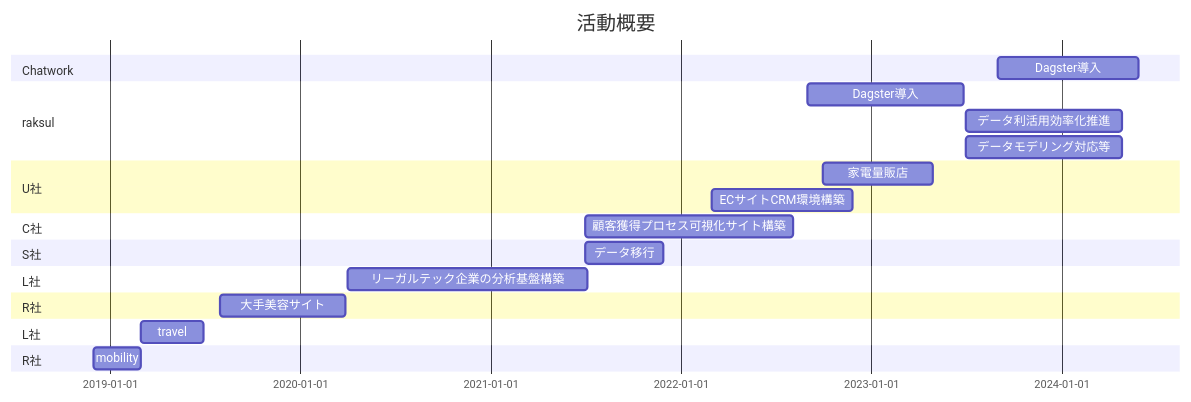
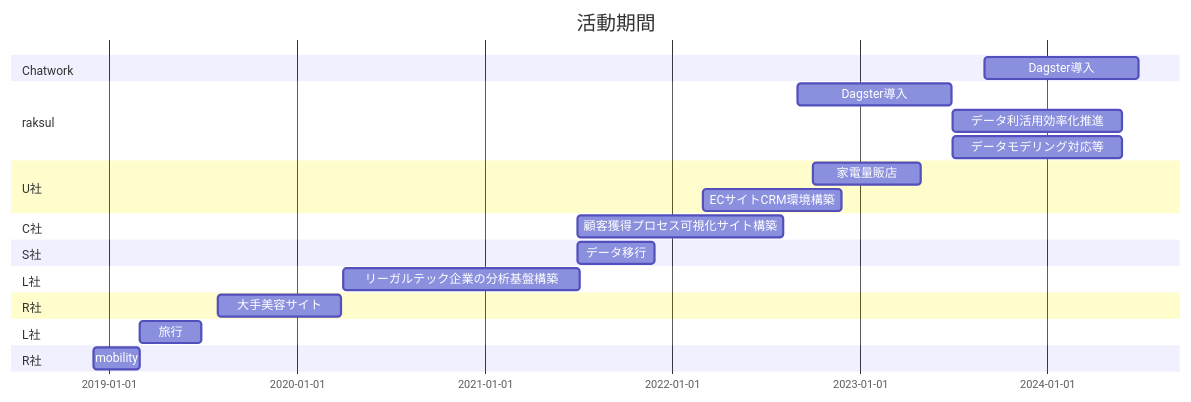
The diagram in README.md (sista05/Curriculum-Vitae), drawn with Mermaid before and after one commit. The commit also changed other lines of this file, not shown here.

````diff
--- a/README.md
+++ b/README.md
@@ -202,35 +202,35 @@
 ```mermaid
 gantt
-    title 活動概要
+    title 活動期間
     todayMarker off
     section Chatwork
-        Dagster導入  :2023-09-01, 270d
+        Dagster導入  :2023-09-01, 300d
 
     section raksul
         Dagster導入 : 2022-09-01, 300d
-        データ利活用効率化推進 : 2023-07-01, 300d
-        データモデリング対応等 : 2023-07-01, 300d
+        データ利活用効率化推進 : 2023-07-01, 330d
+        データモデリング対応等 : 2023-07-01, 330d
     section U社
         家電量販店 : 2022-10-01, 210d
         ECサイトCRM環境構築 : 2022-03-01, 270d
 
     section C社
         顧客獲得プロセス可視化サイト構築 :2021-07-01, 400d
 
     section S社
         データ移行 :2021-07-01, 150d
 
     section L社
         リーガルテック企業の分析基盤構築 :2020-04-01, 460d
 
     section R社
         大手美容サイト : 2019-08-01, 240d
 
     section L社 
-        travel : 2019-03-01, 120d
+        旅行 : 2019-03-01, 120d
 
     section R社 
         mobility : 2018-12-01, 90d
 
 
 ```
````
